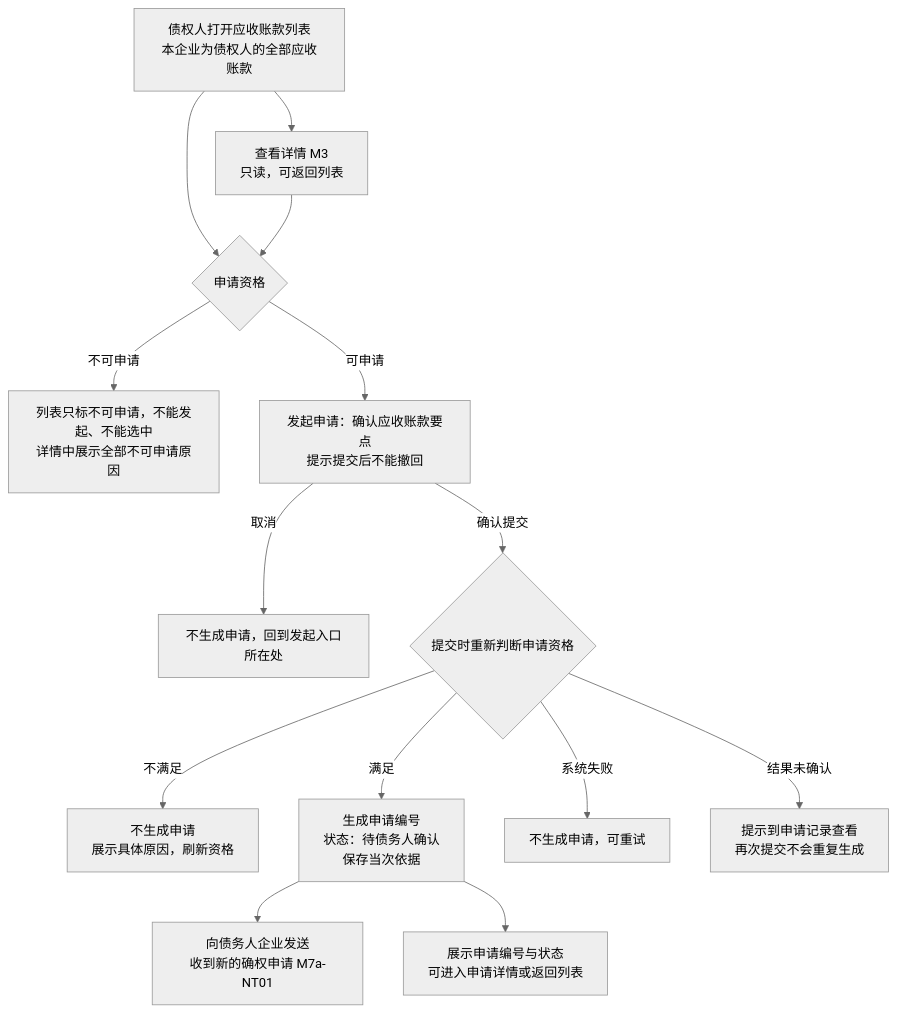
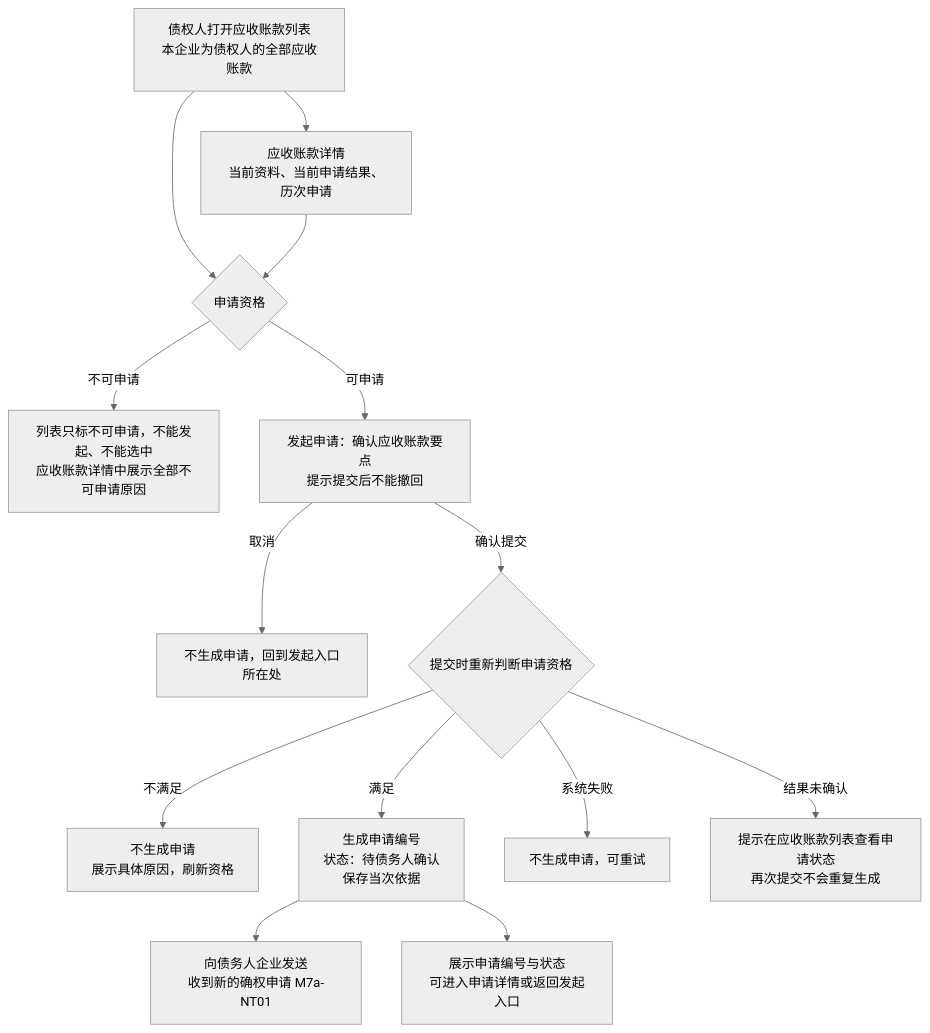
The first of 4 diagrams in asset-trust-platform/PRD/企业端/M7a-应收查看与确权申请/02-应收查看与确权申请-流程图与状态机.md (wxblockchain/Chain-Financing), drawn with Mermaid (neutral theme) before and after one commit. The commit also changed other lines of this file and 4 other files, not shown here.

````diff
--- a/asset-trust-platform/PRD/企业端/M7a-应收查看与确权申请/02-应收查看与确权申请-流程图与状态机.md
+++ b/asset-trust-platform/PRD/企业端/M7a-应收查看与确权申请/02-应收查看与确权申请-流程图与状态机.md
@@ -17,16 +17,16 @@
 ```mermaid
 flowchart TD
-    A[债权人打开应收账款列表<br/>本企业为债权人的全部应收账款] --> B[查看详情 M3<br/>只读，可返回列表]
+    A[债权人打开应收账款列表<br/>本企业为债权人的全部应收账款] --> B[应收账款详情<br/>当前资料、当前申请结果、历次申请]
     A --> C{申请资格}
     B --> C
-    C -->|不可申请| C1[列表只标不可申请，不能发起、不能选中<br/>详情中展示全部不可申请原因]
+    C -->|不可申请| C1[列表只标不可申请，不能发起、不能选中<br/>应收账款详情中展示全部不可申请原因]
     C -->|可申请| D[发起申请：确认应收账款要点<br/>提示提交后不能撤回]
     D -->|取消| A1[不生成申请，回到发起入口所在处]
     D -->|确认提交| E{提交时重新判断申请资格}
     E -->|不满足| E1[不生成申请<br/>展示具体原因，刷新资格]
     E -->|满足| F[生成申请编号<br/>状态：待债务人确认<br/>保存当次依据]
     F --> G[向债务人企业发送<br/>收到新的确权申请 M7a-NT01]
-    F --> H[展示申请编号与状态<br/>可进入申请详情或返回列表]
+    F --> H[展示申请编号与状态<br/>可进入申请详情或返回发起入口]
     E -->|系统失败| E2[不生成申请，可重试]
-    E -->|结果未确认| E3[提示到申请记录查看<br/>再次提交不会重复生成]
+    E -->|结果未确认| E3[提示在应收账款列表查看申请状态<br/>再次提交不会重复生成]
 ```
````
